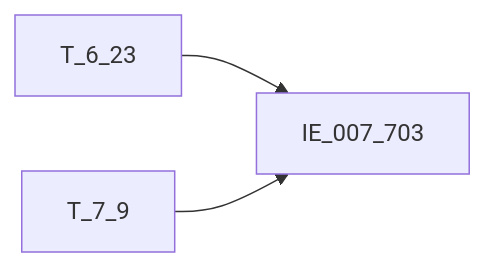
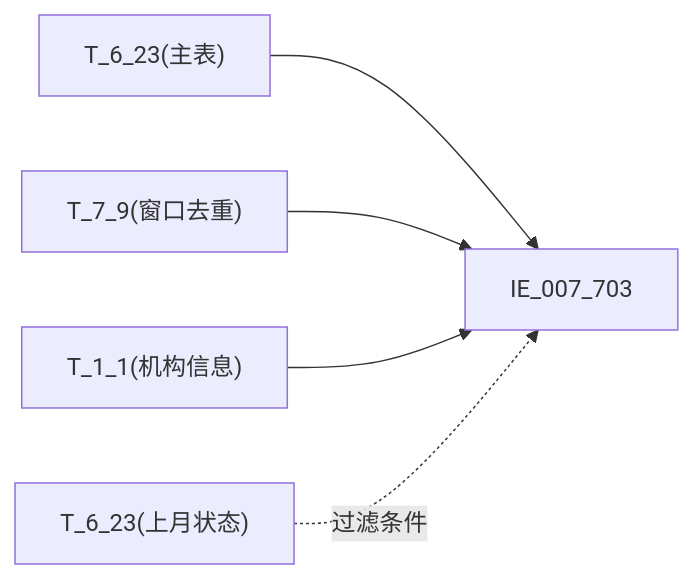
One commit to zhoujk1989-arch/Obsidian changed the diagram in regulatory-data-lab/知识库/血缘/EAST5.0系统/血缘-IE_007_703-信贷资产转让表-EAST5.0系统.md. Above: the diagram before and after it, drawn with Mermaid. The commit also changed other lines of this file and 93 other files, not shown here.

````diff
--- a/regulatory-data-lab/知识库/血缘/EAST5.0系统/血缘-IE_007_703-信贷资产转让表-EAST5.0系统.md
+++ b/regulatory-data-lab/知识库/血缘/EAST5.0系统/血缘-IE_007_703-信贷资产转让表-EAST5.0系统.md
@@ -91,5 +94,7 @@
 ```mermaid
 flowchart LR
-    S1["T_6_23"] --> T["IE_007_703"]
-    S2["T_7_9"] --> T["IE_007_703"]
+    S1["T_6_23(主表)"] --> T["IE_007_703"]
+    S2["T_7_9(窗口去重)"] --> T
+    S3["T_1_1(机构信息)"] --> T
+    LM["T_6_23(上月状态)"] -.->|过滤条件| T
 ```
````
